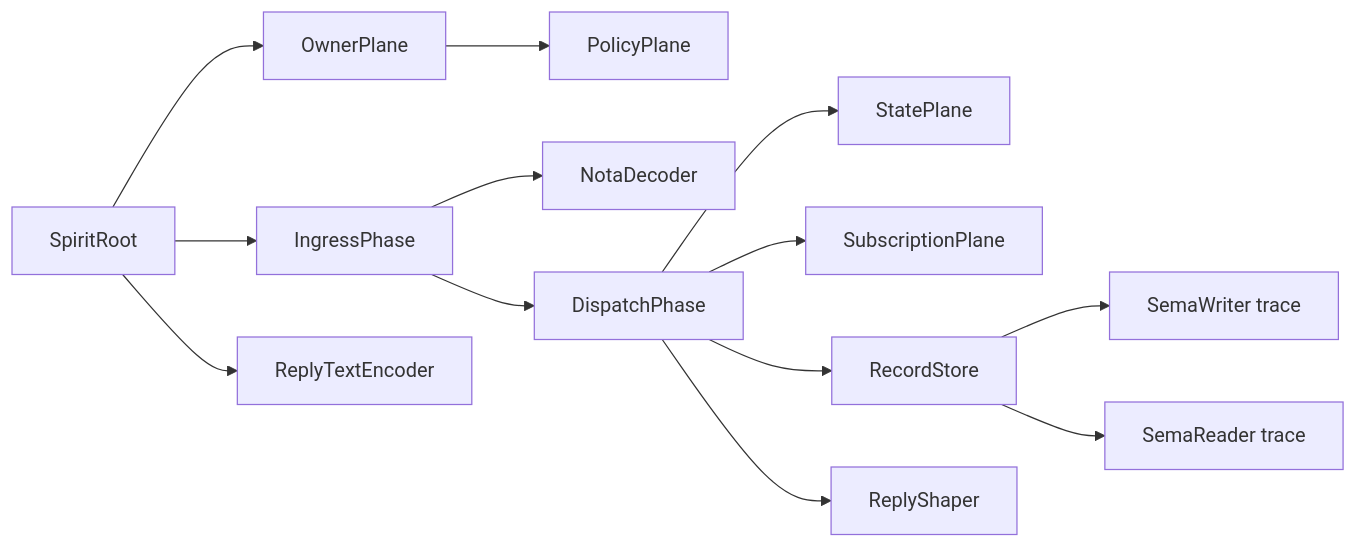
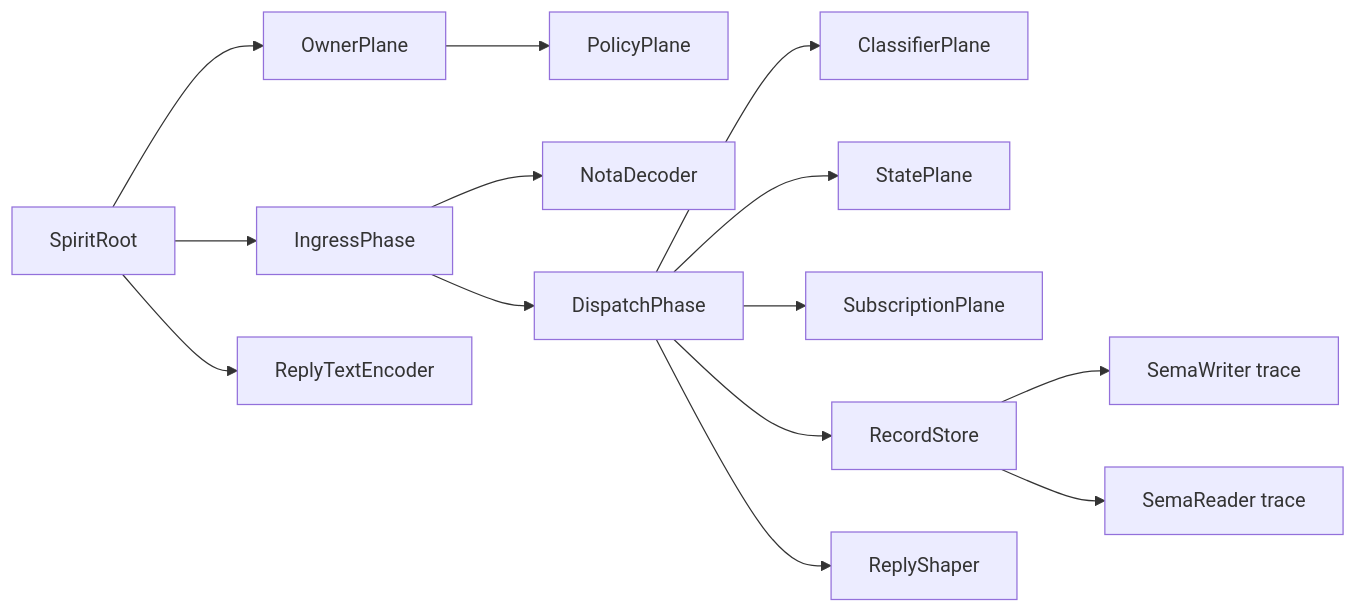
The second of 2 diagrams in ARCHITECTURE.md (LiGoldragon/persona-spirit), drawn with Mermaid before and after one commit. The commit also changed other lines of this file and 8 other files, not shown here.

````diff
--- a/ARCHITECTURE.md
+++ b/ARCHITECTURE.md
@@ -51,29 +51,31 @@
 ```mermaid
 flowchart LR
     root["SpiritRoot"]
     owner["OwnerPlane"]
     policy["PolicyPlane"]
     ingress["IngressPhase"]
     decoder["NotaDecoder"]
+    classifier["ClassifierPlane"]
     dispatch["DispatchPhase"]
     state["StatePlane"]
     subscription["SubscriptionPlane"]
     store["RecordStore"]
     shaper["ReplyShaper"]
     encoder["ReplyTextEncoder"]
     writer["SemaWriter trace"]
     reader["SemaReader trace"]
 
     root --> owner
     owner --> policy
     root --> ingress
     ingress --> decoder
     ingress --> dispatch
+    dispatch --> classifier
     dispatch --> state
     dispatch --> subscription
     dispatch --> store
     dispatch --> shaper
     store --> writer
     store --> reader
     root --> encoder
 ```
````
